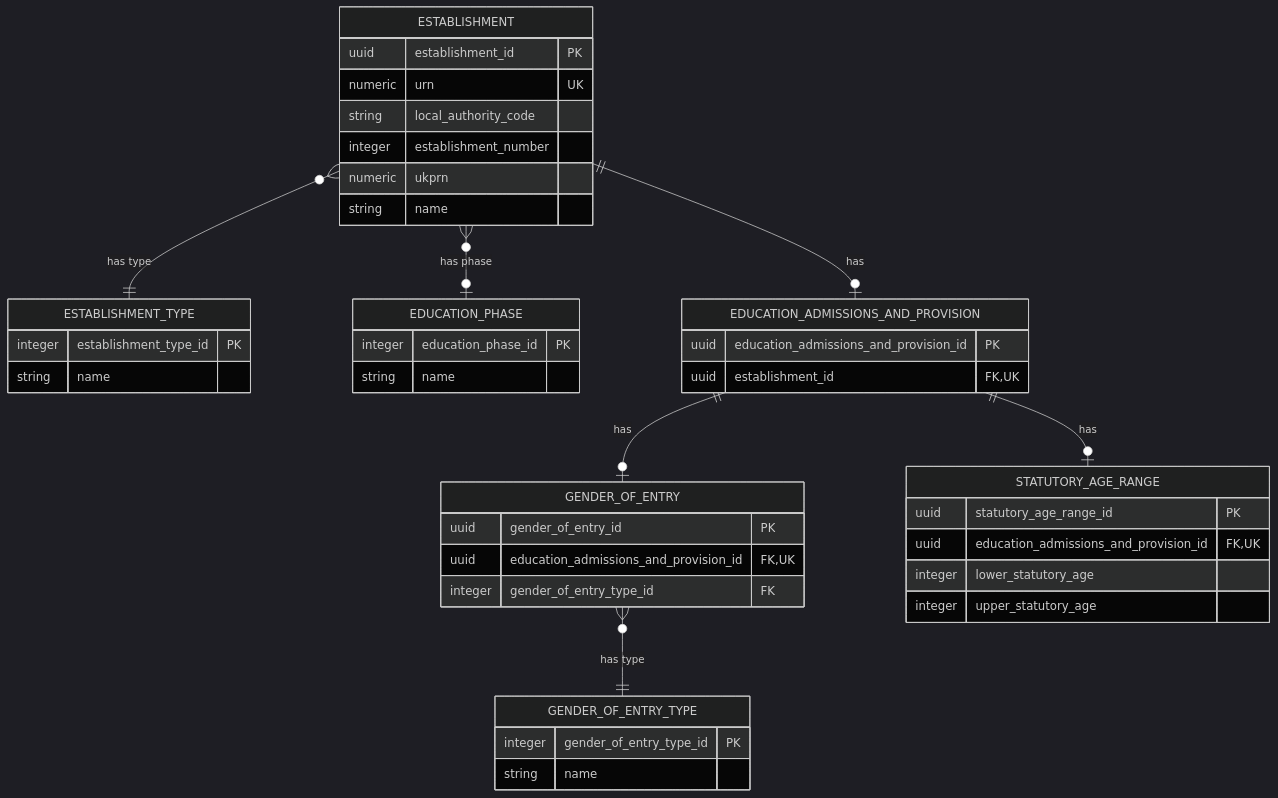
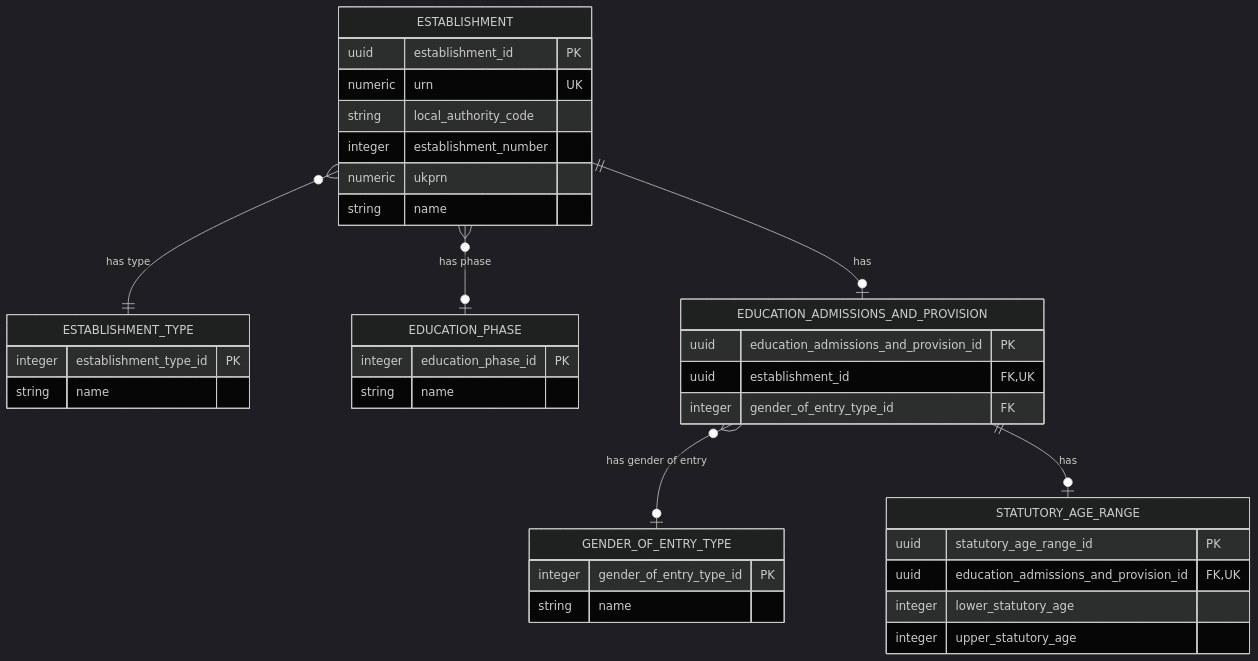
Before and after one commit to DFE-Digital/education-provider-registry-docs: the diagram in models/logical/basic-establishment-data-logical-model.md, drawn with Mermaid (dark theme). The commit also changed other lines of this file and 3 other files, not shown here.

````diff
--- a/models/logical/basic-establishment-data-logical-model.md
+++ b/models/logical/basic-establishment-data-logical-model.md
@@ -35,51 +35,45 @@
 ```mermaid
 erDiagram
     ESTABLISHMENT }o--|| ESTABLISHMENT_TYPE : "has type"
     ESTABLISHMENT }o--o| EDUCATION_PHASE : "has phase"
     ESTABLISHMENT ||--o| EDUCATION_ADMISSIONS_AND_PROVISION : "has"
-    EDUCATION_ADMISSIONS_AND_PROVISION ||--o| GENDER_OF_ENTRY : "has"
-    GENDER_OF_ENTRY }o--|| GENDER_OF_ENTRY_TYPE : "has type"
+    EDUCATION_ADMISSIONS_AND_PROVISION }o--o| GENDER_OF_ENTRY_TYPE : "has gender of entry"
     EDUCATION_ADMISSIONS_AND_PROVISION ||--o| STATUTORY_AGE_RANGE : "has"
 
     ESTABLISHMENT {
         uuid establishment_id PK
         numeric urn UK
         string local_authority_code
         integer establishment_number
         numeric ukprn
         string name
     }
 
     ESTABLISHMENT_TYPE {
         integer establishment_type_id PK
         string name
     }
 
     EDUCATION_PHASE {
         integer education_phase_id PK
         string name
     }
 
-    GENDER_OF_ENTRY {
-        uuid gender_of_entry_id PK
-        uuid education_admissions_and_provision_id FK, UK
-        integer gender_of_entry_type_id FK
-    }
-
     GENDER_OF_ENTRY_TYPE {
         integer gender_of_entry_type_id PK
         string name
     }
 
     EDUCATION_ADMISSIONS_AND_PROVISION {
         uuid education_admissions_and_provision_id PK
         uuid establishment_id FK, UK
+        integer gender_of_entry_type_id FK
     }
 
     STATUTORY_AGE_RANGE {
         uuid statutory_age_range_id PK
         uuid education_admissions_and_provision_id FK, UK
         integer lower_statutory_age
         integer upper_statutory_age
     }
 ```
````
